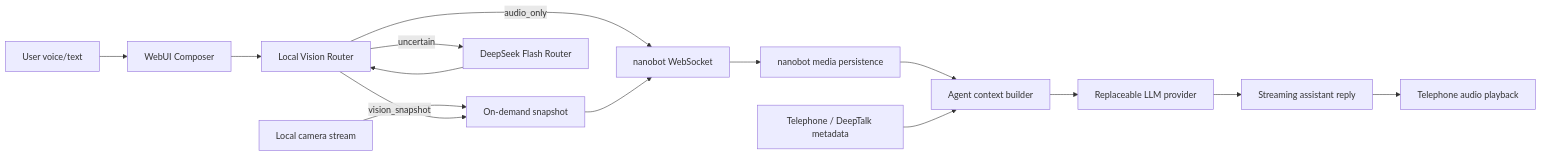
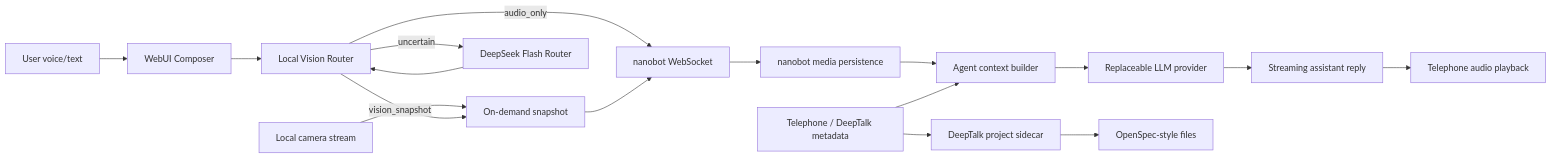
One commit to wuduher/seeyouclaw changed the diagram in docs/seeyouclaw-design.md. Above: the diagram before and after it, drawn with Mermaid. The commit also changed other lines of this file and 9 other files, not shown here.

Commit message:
feat: add deeptalk project sidecar

````diff
--- a/docs/seeyouclaw-design.md
+++ b/docs/seeyouclaw-design.md
@@ -76,17 +77,19 @@
 ```mermaid
 flowchart LR
   U["User voice/text"] --> C["WebUI Composer"]
   Cam["Local camera stream"] --> Snap["On-demand snapshot"]
   C --> R["Local Vision Router"]
   R -->|"uncertain"| LR["DeepSeek Flash Router"]
   LR --> R
   R -->|"audio_only"| WS["nanobot WebSocket"]
   R -->|"vision_snapshot"| Snap
   Snap --> WS
   WS --> Media["nanobot media persistence"]
   Media --> Context["Agent context builder"]
   Tel["Telephone / DeepTalk metadata"] --> Context
   Context --> Provider["Replaceable LLM provider"]
   Provider --> Reply["Streaming assistant reply"]
   Reply --> TelAudio["Telephone audio playback"]
+  Tel --> Project["DeepTalk project sidecar"]
+  Project --> Files["OpenSpec-style files"]
 ```
````
